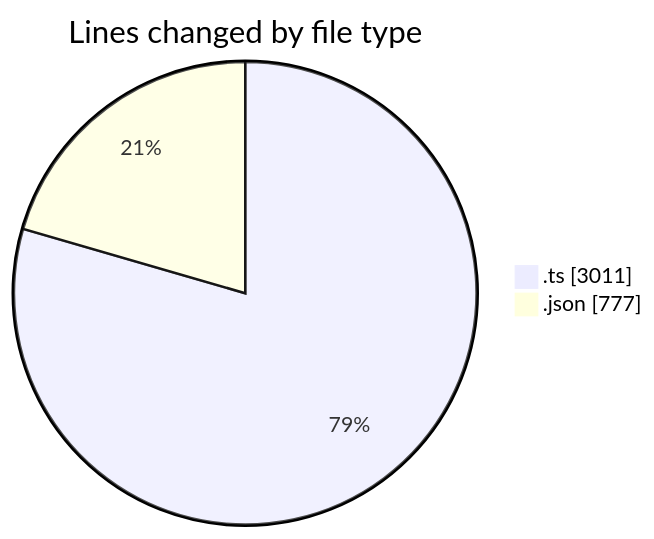
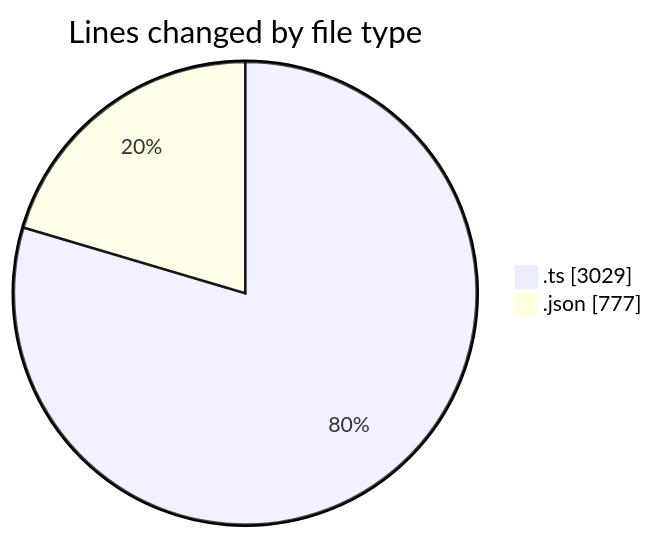
Before and after one commit to charlie-sans/code-tracking: the first of 2 diagrams in 2025-04-30/masm-lsp/README.md, drawn with Mermaid. The commit also changed other lines of this file and 1 other file, not shown here.

````diff
--- a/2025-04-30/masm-lsp/README.md
+++ b/2025-04-30/masm-lsp/README.md
@@ -22,6 +22,6 @@
 ```mermaid
 pie showData
 title Lines changed by file type
-".ts" : 3011
+".ts" : 3029
 ".json" : 777
 ```
````
